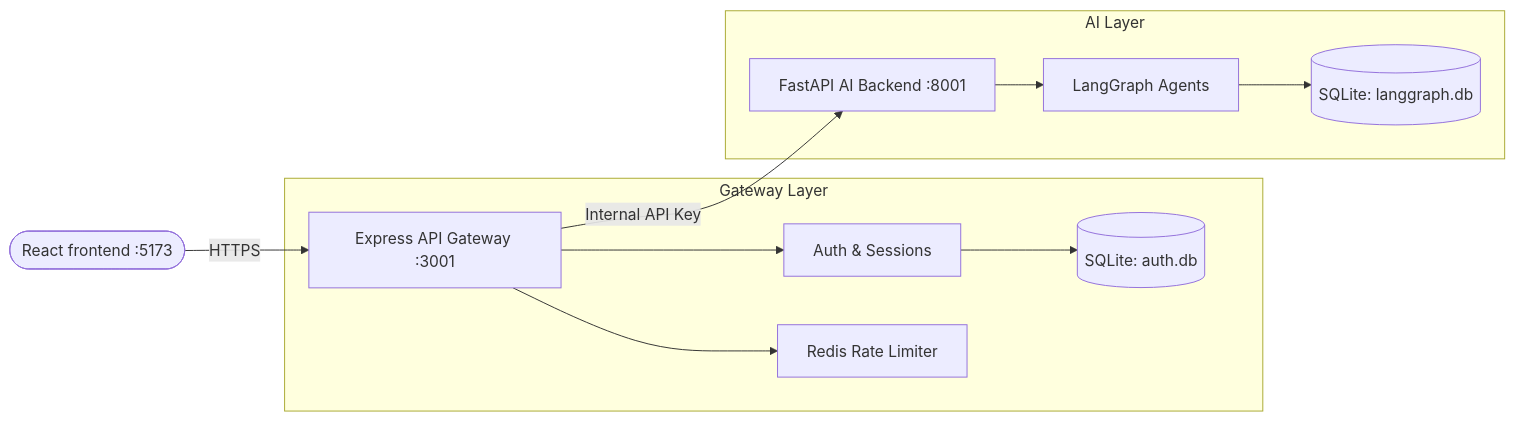
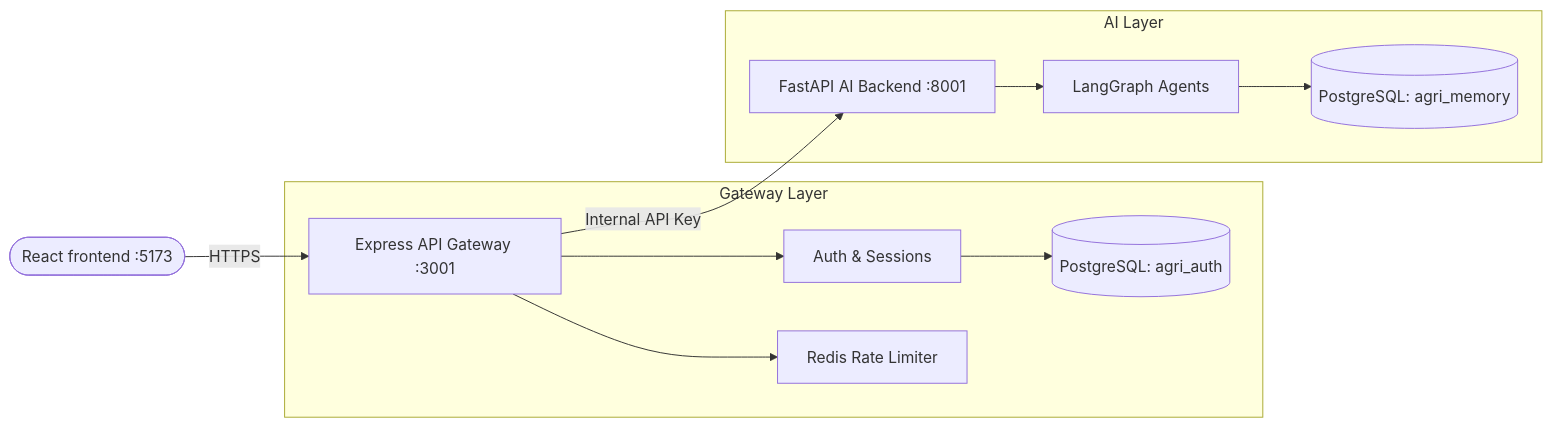
Before and after one commit to mithun24112005/agri_agent_backend: the diagram in gateway/README.md, drawn with Mermaid. The commit also changed other lines of this file and 33 other files, not shown here.

First line of the commit message:
feat(postgres): complete migration to PostgreSQL, remove SQLite backups, and harden multi-agent runtime

````diff
--- a/gateway/README.md
+++ b/gateway/README.md
@@ -26,17 +26,17 @@
 ```mermaid
 graph LR
     Client([React frontend :5173]) -->|HTTPS| Gateway[Express API Gateway :3001]
     
     subgraph Gateway Layer
         Gateway --> Auth[Auth & Sessions]
         Gateway --> RL[Redis Rate Limiter]
-        Auth --> DB[(SQLite: auth.db)]
+        Auth --> DB[(PostgreSQL: agri_auth)]
     end
     
     Gateway -->|Internal API Key| FastAPI[FastAPI AI Backend :8001]
     
     subgraph AI Layer
         FastAPI --> LangGraph[LangGraph Agents]
-        LangGraph --> StateDB[(SQLite: langgraph.db)]
+        LangGraph --> StateDB[(PostgreSQL: agri_memory)]
     end
 ```
````
